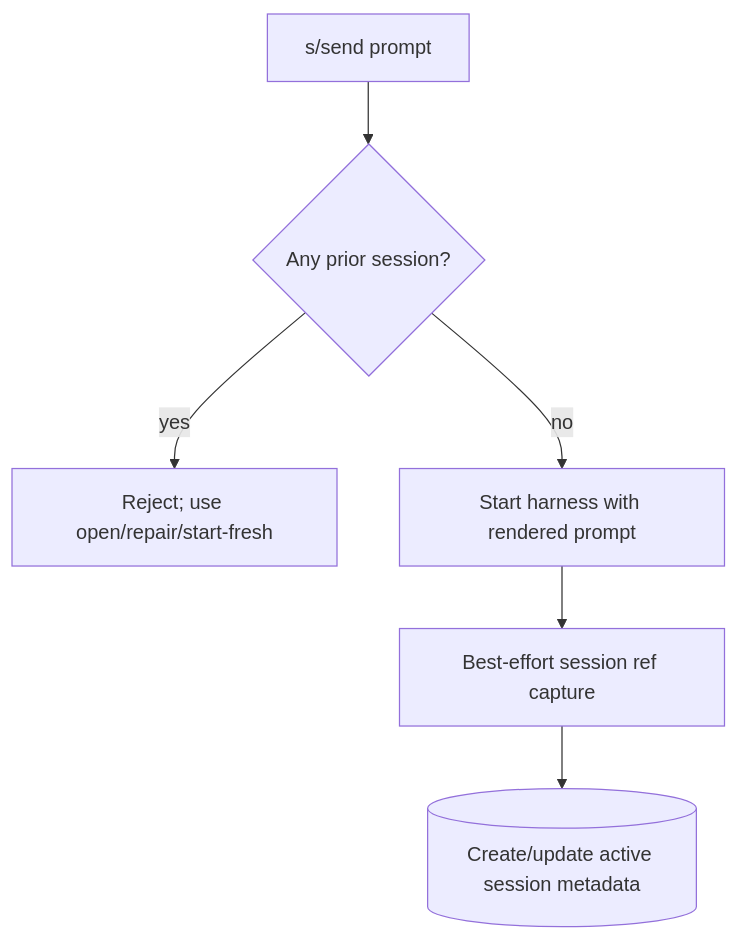
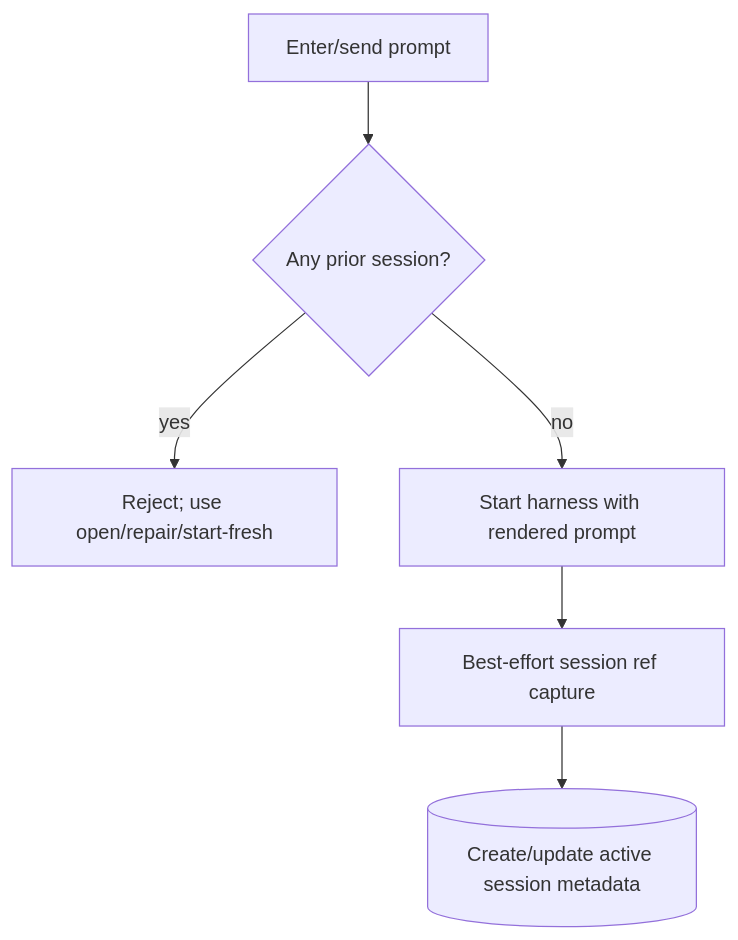
Before and after one commit to carlotran4/kanbi: the fifth of 6 diagrams in docs/architecture.md, drawn with Mermaid. The commit also changed 4 other files, not shown here.

Commit message:
Remove send prompt hotkey

````diff
--- a/docs/architecture.md
+++ b/docs/architecture.md
@@ -160,8 +160,8 @@
 ```mermaid
 flowchart TD
-    Send[s/send prompt] --> Prior{Any prior session?}
+    Send[Enter/send prompt] --> Prior{Any prior session?}
     Prior -- yes --> Reject[Reject; use open/repair/start-fresh]
     Prior -- no --> Start[Start harness with rendered prompt]
     Start --> Capture[Best-effort session ref capture]
     Capture --> Store[(Create/update active session metadata)]
 ```
````
